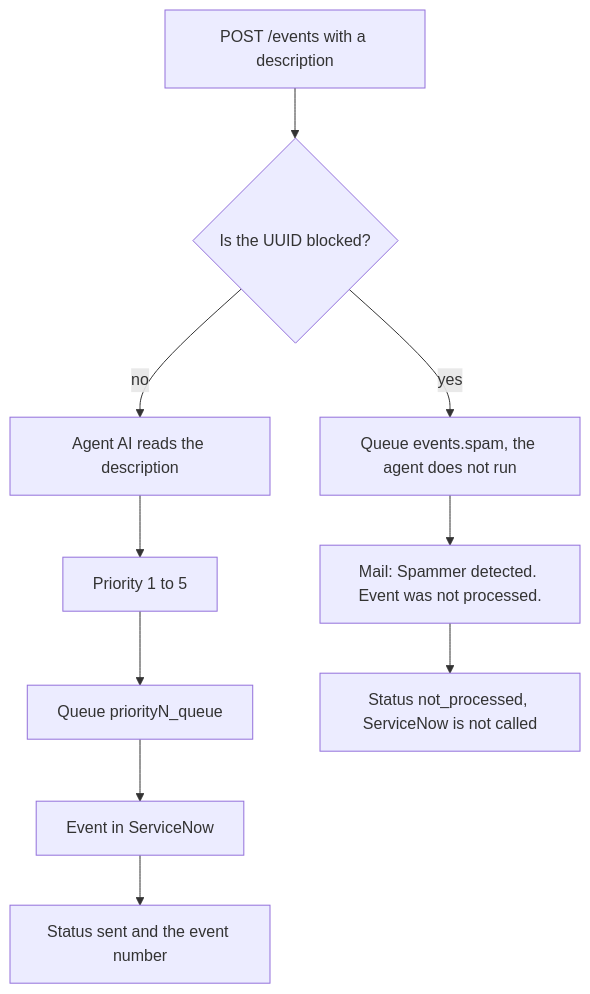
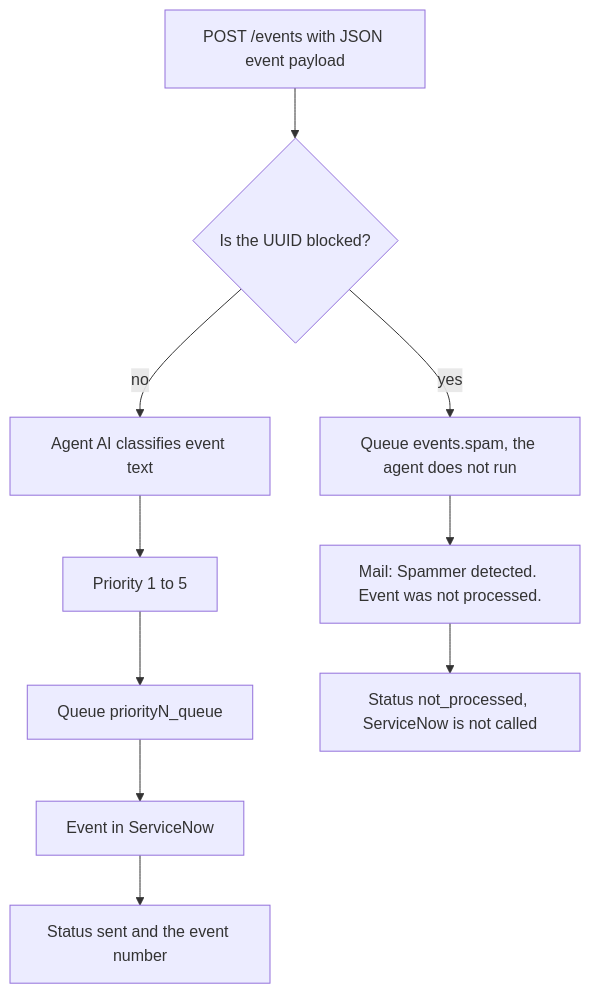
Before and after one commit to matpet00/Demo_project: the second of 5 diagrams in FLOW.md, drawn with Mermaid. The commit also changed other lines of this file, not shown here.

First line of the commit message:
Align FLOW.md with JSON event payload terminology.

````diff
--- a/FLOW.md
+++ b/FLOW.md
@@ -54,12 +54,12 @@
 ```mermaid
 flowchart TD
-    call["POST /events with a description"] --> known{"Is the UUID blocked?"}
-    known -->|no| react["Agent AI reads the description"]
+    call["POST /events with JSON event payload"] --> known{"Is the UUID blocked?"}
+    known -->|no| react["Agent AI classifies event text"]
     react --> prio["Priority 1 to 5"]
     prio --> queue["Queue priorityN_queue"]
     queue --> snow["Event in ServiceNow"]
     snow --> sent["Status sent and the event number"]
     known -->|yes| spam["Queue events.spam, the agent does not run"]
     spam --> mail["Mail: Spammer detected. Event was not processed."]
     mail --> stopped["Status not_processed, ServiceNow is not called"]
 ```
````
